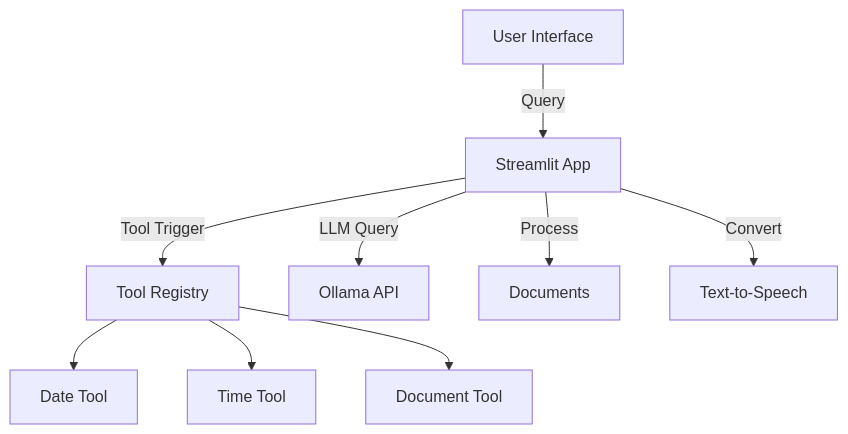
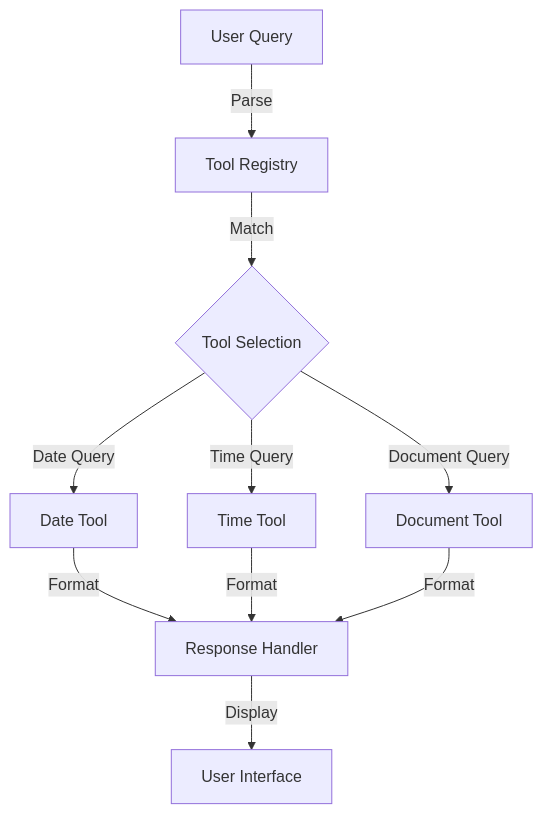
The second of 2 diagrams in README.md (khaosans/basic-chat), drawn with Mermaid before and after one commit. The commit also changed other lines of this file, not shown here.

````diff
--- a/README.md
+++ b/README.md
@@ -21,11 +46,12 @@
 ```mermaid
 graph TD
-    A[User Interface] -->|Query| B[Streamlit App]
-    B -->|Tool Trigger| C[Tool Registry]
-    B -->|LLM Query| D[Ollama API]
-    C --> E[Date Tool]
-    C --> F[Time Tool]
-    C --> G[Document Tool]
-    B -->|Process| H[Documents]
-    B -->|Convert| I[Text-to-Speech]
+    A[User Query] -->|Parse| B[Tool Registry]
+    B -->|Match| C{Tool Selection}
+    C -->|Date Query| D[Date Tool]
+    C -->|Time Query| E[Time Tool]
+    C -->|Document Query| F[Document Tool]
+    D -->|Format| G[Response Handler]
+    E -->|Format| G
+    F -->|Format| G
+    G -->|Display| H[User Interface]
 ```
````
